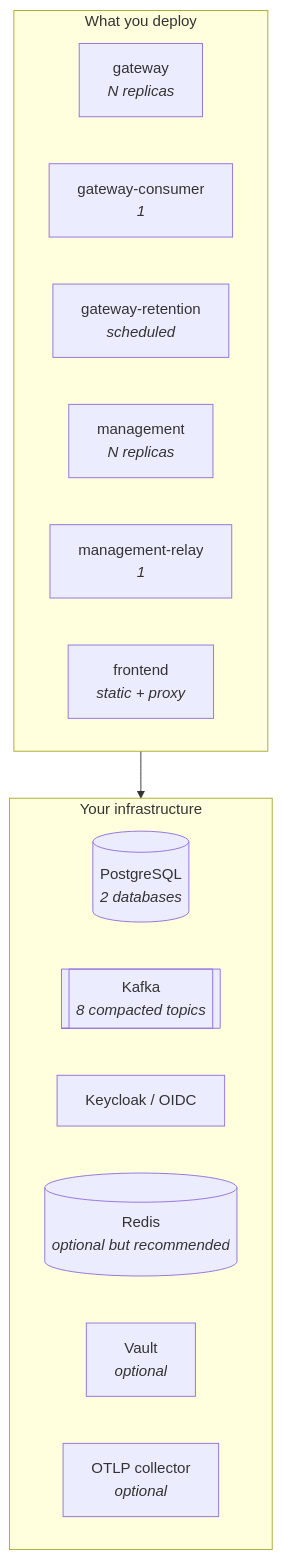
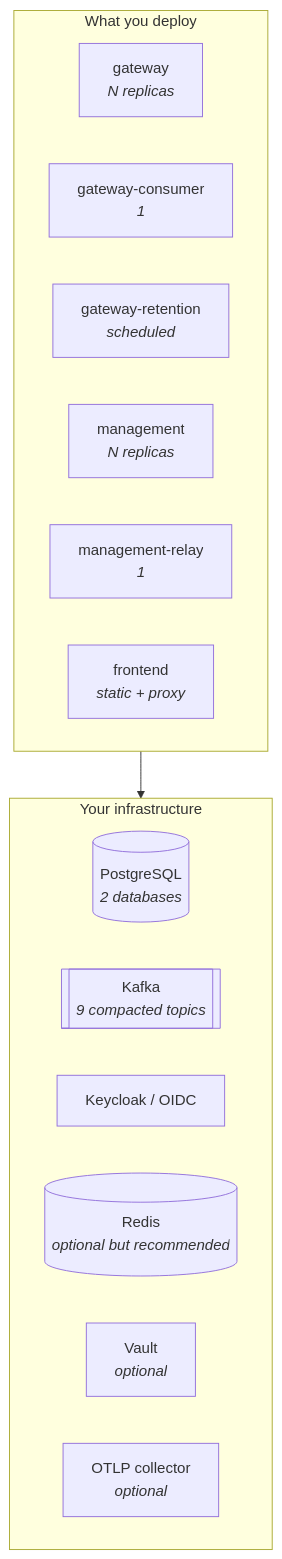
One commit to InigoImago/AIRA-Gateway changed the second of 3 diagrams in docs/SETUP.md. Above: the diagram before and after it, drawn with Mermaid. The commit also changed other lines of this file and 743 other files, not shown here.

````diff
--- a/docs/SETUP.md
+++ b/docs/SETUP.md
@@ -271,22 +279,22 @@
 ```mermaid
 graph TB
     subgraph yours["Your infrastructure"]
         pg[("PostgreSQL<br/><i>2 databases</i>")]
-        kafka[["Kafka<br/><i>8 compacted topics</i>"]]
+        kafka[["Kafka<br/><i>9 compacted topics</i>"]]
         kc["Keycloak / OIDC"]
         redis[("Redis<br/><i>optional but recommended</i>")]
         vault["Vault<br/><i>optional</i>"]
         otel["OTLP collector<br/><i>optional</i>"]
     end
 
     subgraph deploy["What you deploy"]
         gw["gateway<br/><i>N replicas</i>"]
         cs["gateway-consumer<br/><i>1</i>"]
         rt["gateway-retention<br/><i>scheduled</i>"]
         mg["management<br/><i>N replicas</i>"]
         rl["management-relay<br/><i>1</i>"]
         fe["frontend<br/><i>static + proxy</i>"]
     end
 
     deploy --> yours
 ```
````
